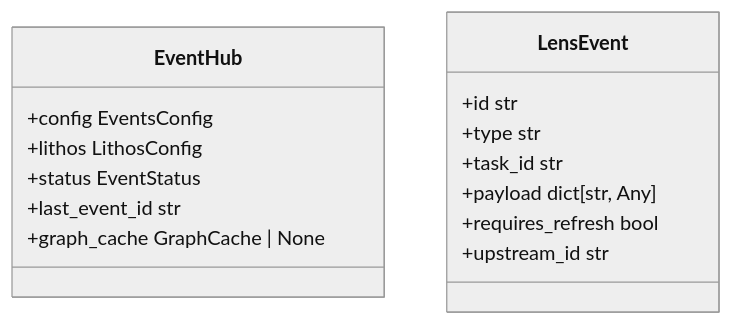
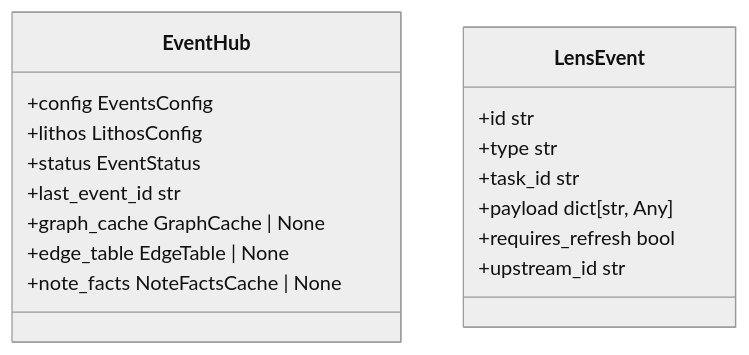
Before and after one commit to agent-lore/lithos-lens: the first of 8 diagrams in docs/generated/domain_model.md, drawn with Mermaid (neutral theme). The commit also changed 25 other files, not shown here.

````diff
--- a/docs/generated/domain_model.md
+++ b/docs/generated/domain_model.md
@@ -8,18 +8,20 @@
 ```mermaid
 classDiagram
   class EventHub {
     +config EventsConfig
     +lithos LithosConfig
     +status EventStatus
     +last_event_id str
     +graph_cache GraphCache | None
+    +edge_table EdgeTable | None
+    +note_facts NoteFactsCache | None
   }
   class LensEvent {
     +id str
     +type str
     +task_id str
     +payload dict[str, Any]
     +requires_refresh bool
     +upstream_id str
   }
 ```
````
